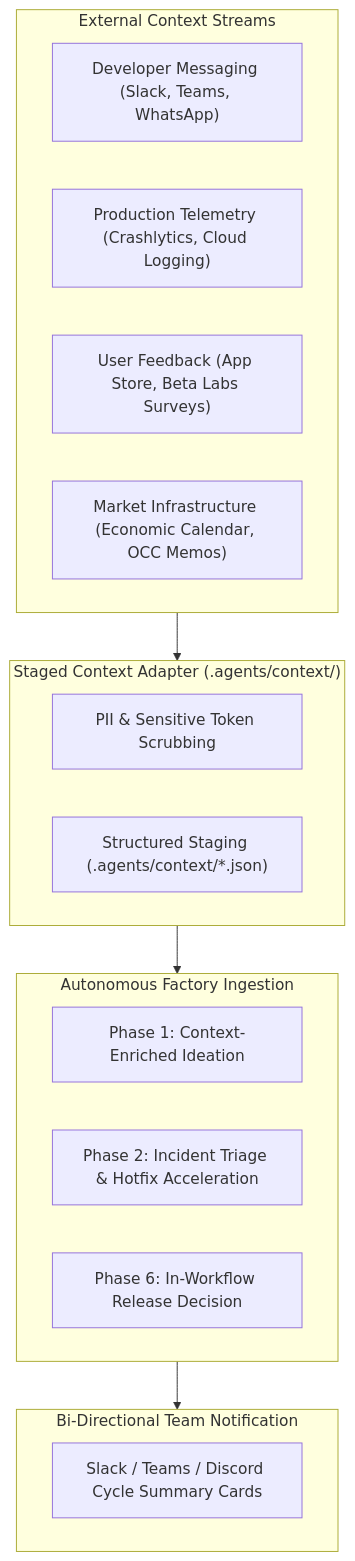
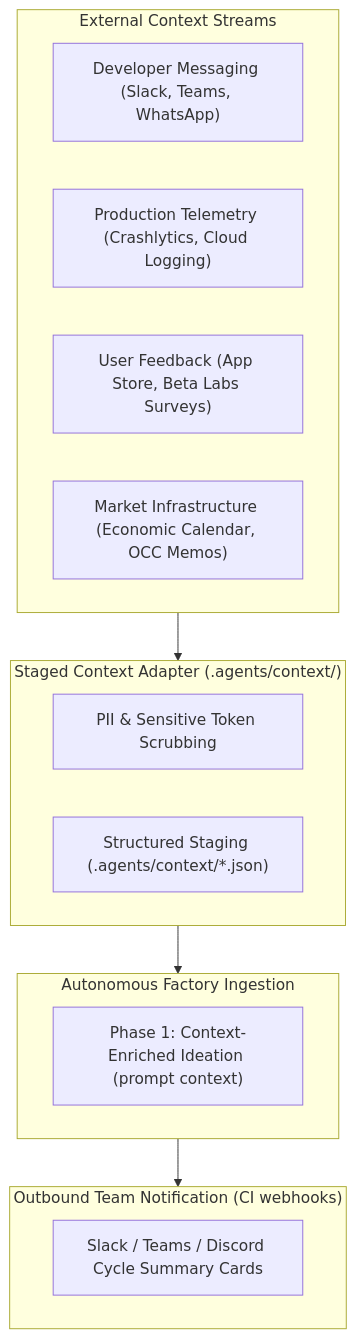
The fourth of 4 diagrams in docs/software-factory.md (CIInc/robinhood-options-mobile), drawn with Mermaid before and after one commit. The commit also changed other lines of this file and 15 other files, not shown here.

````diff
--- a/docs/software-factory.md
+++ b/docs/software-factory.md
@@ -405,28 +382,26 @@
 ```mermaid
 flowchart TD
     subgraph ExternalSources["External Context Streams"]
         A["Developer Messaging (Slack, Teams, WhatsApp)"]
         B["Production Telemetry (Crashlytics, Cloud Logging)"]
         C["User Feedback (App Store, Beta Labs Surveys)"]
         D["Market Infrastructure (Economic Calendar, OCC Memos)"]
     end
 
     subgraph StagingAdapter["Staged Context Adapter (.agents/context/)"]
         E["PII & Sensitive Token Scrubbing"]
         F["Structured Staging (.agents/context/*.json)"]
     end
 
     subgraph FactoryPipeline["Autonomous Factory Ingestion"]
-        G["Phase 1: Context-Enriched Ideation"]
-        H["Phase 2: Incident Triage & Hotfix Acceleration"]
-        I["Phase 6: In-Workflow Release Decision"]
+        G["Phase 1: Context-Enriched Ideation (prompt context)"]
     end
 
-    subgraph OutboundBroadcast["Bi-Directional Team Notification"]
+    subgraph OutboundBroadcast["Outbound Team Notification (CI webhooks)"]
         J["Slack / Teams / Discord Cycle Summary Cards"]
     end
 
     ExternalSources --> StagingAdapter
     StagingAdapter --> FactoryPipeline
     FactoryPipeline --> OutboundBroadcast
 ```
````
